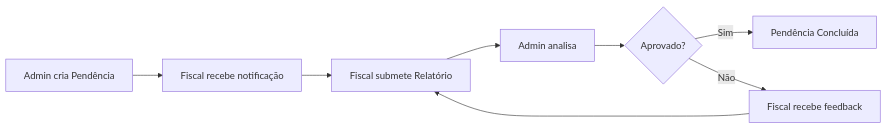
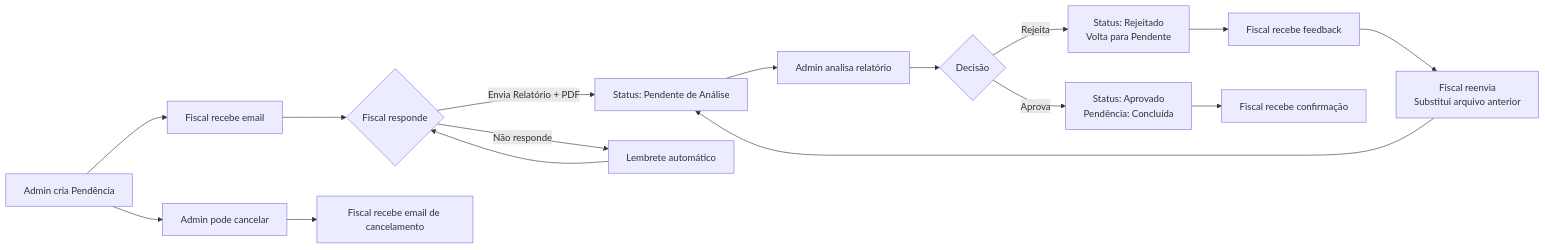
Before and after one commit to rafaelcostati/sigescon-fastapi: the diagram in README.md, drawn with Mermaid. The commit also changed other lines of this file and 1 other file, not shown here.

````diff
--- a/README.md
+++ b/README.md
@@ -450,10 +451,18 @@
 ```mermaid
 graph LR
-    A[Admin cria Pendência] --> B[Fiscal recebe notificação]
-    B --> C[Fiscal submete Relatório]
-    C --> D[Admin analisa]
-    D --> E{Aprovado?}
-    E -->|Sim| F[Pendência Concluída]
-    E -->|Não| G[Fiscal recebe feedback]
-    G --> C
+    A[Admin cria Pendência] --> B[Fiscal recebe email]
+    B --> C{Fiscal responde}
+    C -->|Envia Relatório + PDF| D[Status: Pendente de Análise]
+    C -->|Não responde| E[Lembrete automático]
+    E --> C
+    A --> F[Admin pode cancelar]
+    F --> G[Fiscal recebe email de cancelamento]
+    D --> H[Admin analisa relatório]
+    H --> I{Decisão}
+    I -->|Aprova| J[Status: Aprovado<br/>Pendência: Concluída]
+    I -->|Rejeita| K[Status: Rejeitado<br/>Volta para Pendente]
+    K --> L[Fiscal recebe feedback]
+    L --> M[Fiscal reenvia<br/>Substitui arquivo anterior]
+    M --> D
+    J --> N[Fiscal recebe confirmação]
 ```
````
